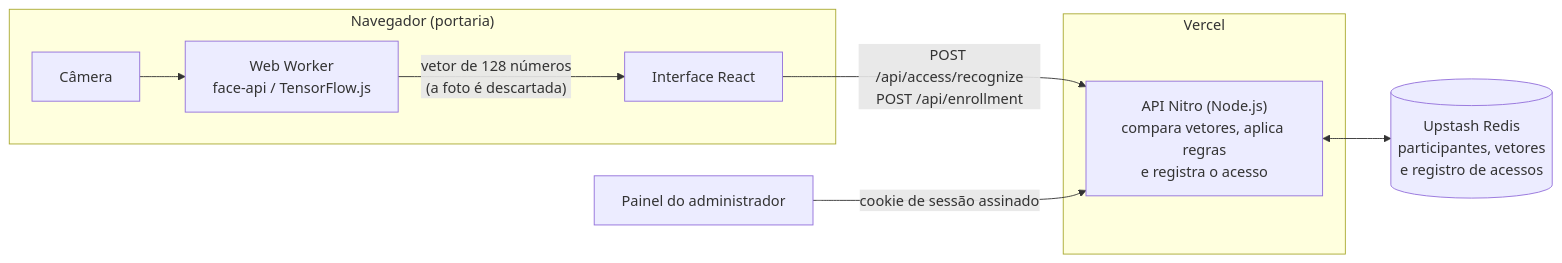
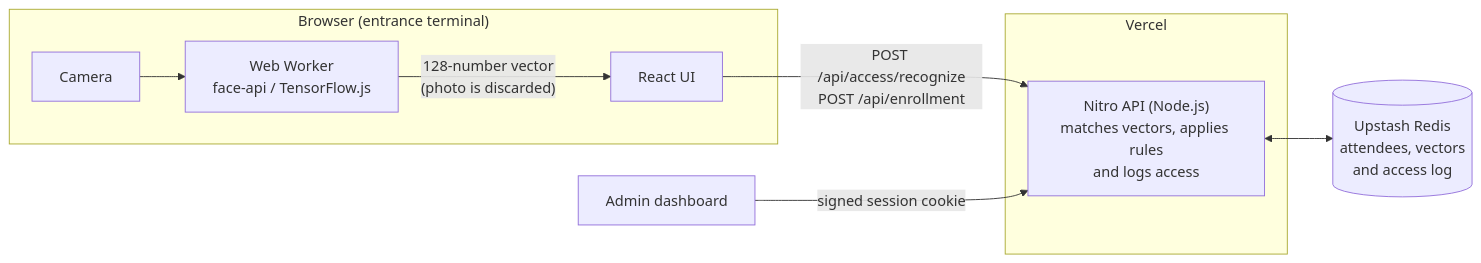
The diagram in README.md (cxrlos99leonel/RecFace), drawn with Mermaid before and after one commit. The commit also changed other lines of this file and 5 other files, not shown here.

````diff
--- a/README.md
+++ b/README.md
@@ -133,17 +140,17 @@
 ```mermaid
 flowchart LR
-    subgraph Navegador["Navegador (portaria)"]
-        CAM[Câmera] --> W["Web Worker<br/>face-api / TensorFlow.js"]
-        W -->|"vetor de 128 números<br/>(a foto é descartada)"| UI[Interface React]
+    subgraph Browser["Browser (entrance terminal)"]
+        CAM[Camera] --> W["Web Worker<br/>face-api / TensorFlow.js"]
+        W -->|"128-number vector<br/>(photo is discarded)"| UI[React UI]
     end
 
     UI -->|"POST /api/access/recognize<br/>POST /api/enrollment"| API
 
     subgraph Vercel
-        API["API Nitro (Node.js)<br/>compara vetores, aplica regras<br/>e registra o acesso"]
+        API["Nitro API (Node.js)<br/>matches vectors, applies rules<br/>and logs access"]
     end
 
-    API <--> DB[("Upstash Redis<br/>participantes, vetores<br/>e registro de acessos")]
+    API <--> DB[("Upstash Redis<br/>attendees, vectors<br/>and access log")]
 
-    ADM[Painel do administrador] -->|"cookie de sessão assinado"| API
+    ADM[Admin dashboard] -->|"signed session cookie"| API
 ```
````
